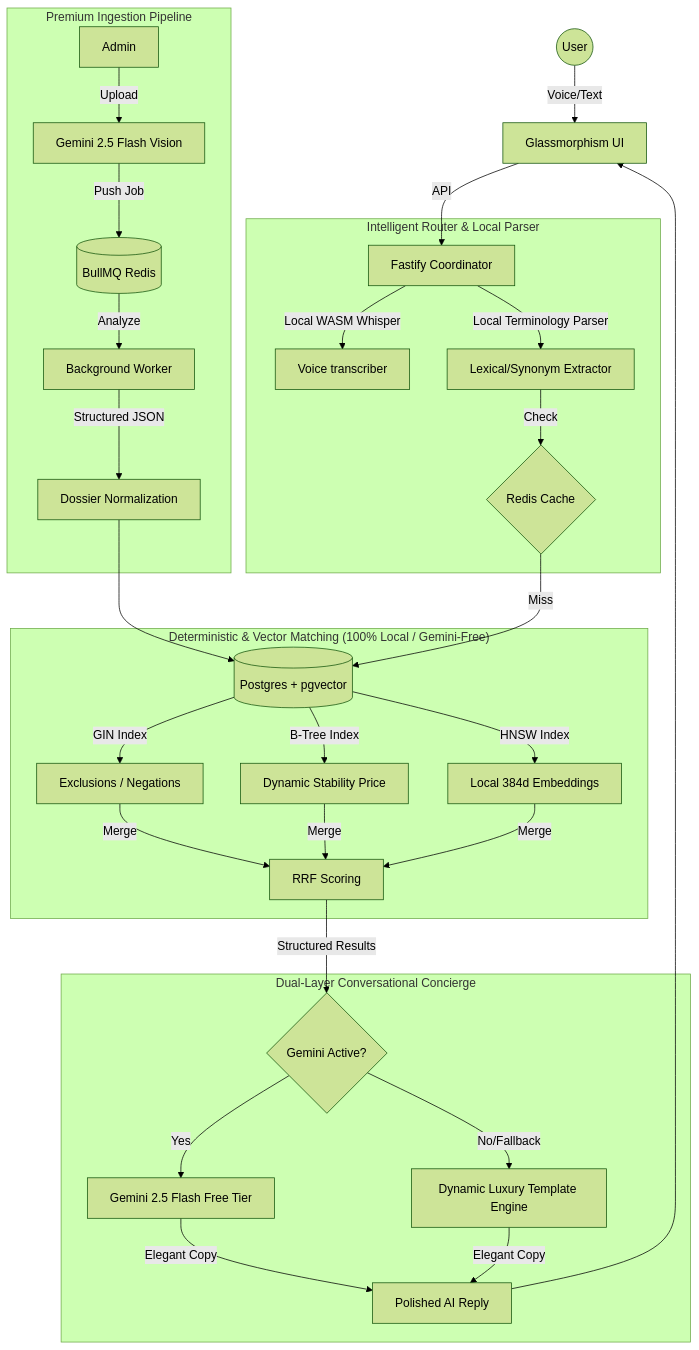
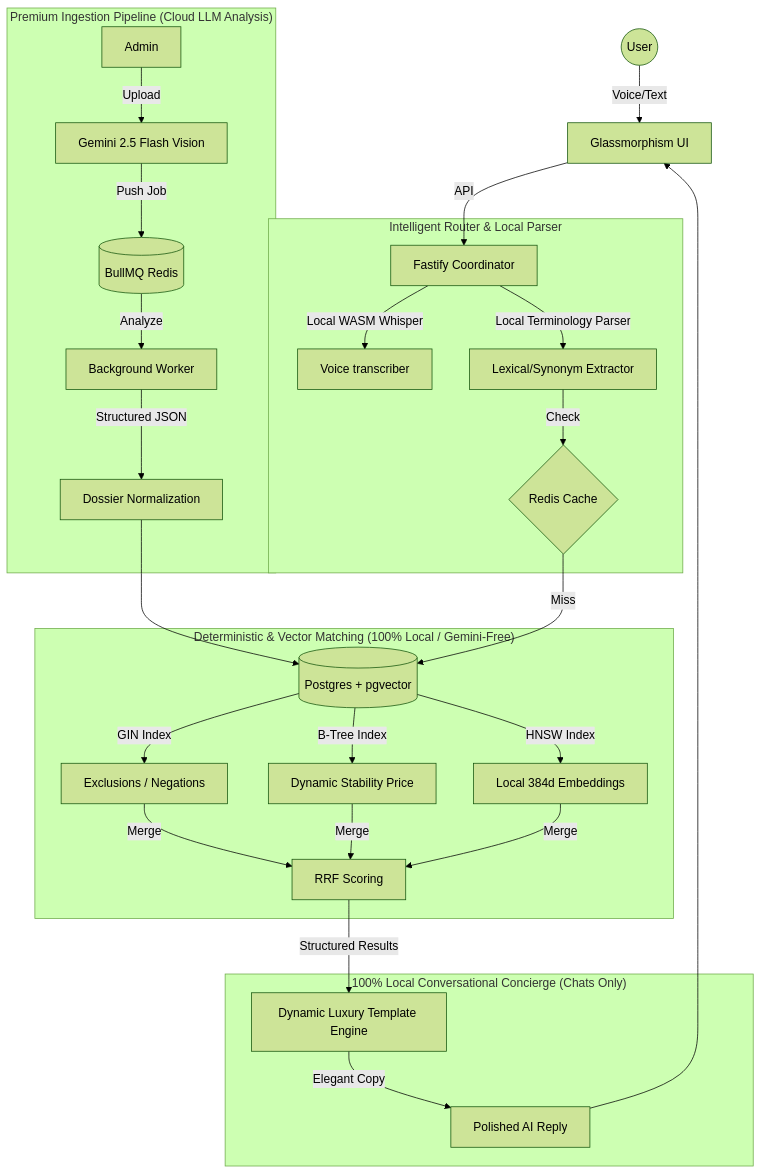
Before and after one commit to manish-9245/scalable-llm-search: the first of 2 diagrams in README.md, drawn with Mermaid (forest theme). The commit also changed other lines of this file and 7 other files, not shown here.

Commit message:
feat: Enforce local-only generation for chats and cloud Gemini strictly for ingestion analysis

````diff
--- a/README.md
+++ b/README.md
@@ -33,39 +32,36 @@
 ```mermaid
 graph TD
     User((User)) -->|Voice/Text| WebUI[Glassmorphism UI]
     WebUI -->|API| Server[Fastify Coordinator]
     
     subgraph "Intelligent Router & Local Parser"
         Server -->|Local WASM Whisper| Voice[Voice transcriber]
         Server -->|Local Terminology Parser| Parser[Lexical/Synonym Extractor]
         Parser -->|Check| Cache{Redis Cache}
     end
 
     subgraph "Deterministic & Vector Matching (100% Local / Gemini-Free)"
         Cache -- Miss --> DB[(Postgres + pgvector)]
         
         DB -->|GIN Index| Exclude[Exclusions / Negations]
         DB -->|B-Tree Index| Price[Dynamic Stability Price]
         DB -->|HNSW Index| Vector[Local 384d Embeddings]
         
         Exclude & Price & Vector -->|Merge| RRF[RRF Scoring]
     end
 
-    subgraph "Dual-Layer Conversational Concierge"
-        RRF -->|Structured Results| GenRouter{Gemini Active?}
-        GenRouter -->|Yes| Gemini[Gemini 2.5 Flash Free Tier]
-        GenRouter -->|No/Fallback| Template[Dynamic Luxury Template Engine]
-        Gemini -->|Elegant Copy| Output[Polished AI Reply]
-        Template -->|Elegant Copy| Output
+    subgraph "100% Local Conversational Concierge (Chats Only)"
+        RRF -->|Structured Results| Template[Dynamic Luxury Template Engine]
+        Template -->|Elegant Copy| Output[Polished AI Reply]
     end
 
-    subgraph "Premium Ingestion Pipeline"
+    subgraph "Premium Ingestion Pipeline (Cloud LLM Analysis)"
         Admin -->|Upload| GeminiIngest[Gemini 2.5 Flash Vision]
         GeminiIngest -->|Push Job| Queue[(BullMQ Redis)]
         Queue -->|Analyze| Worker[Background Worker]
         Worker -->|Structured JSON| Normalize[Dossier Normalization]
         Normalize --> DB
     end
 
     Output --> WebUI
 ```
````
